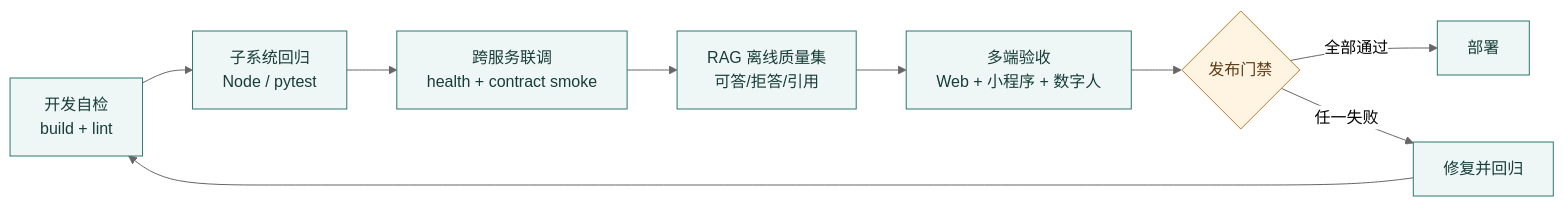
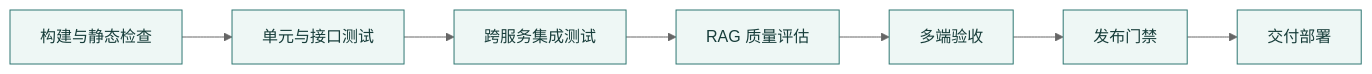
Before and after one commit to Serein-hue/Software-Digital-human: the diagram in docs/submission-report/03-测试说明文档.md, drawn with Mermaid (neutral theme). The commit also changed other lines of this file and 10 other files, not shown here.

````diff
--- a/docs/submission-report/03-测试说明文档.md
+++ b/docs/submission-report/03-测试说明文档.md
@@ -34,15 +32,11 @@
 ```mermaid
 flowchart LR
-  C[开发自检<br/>build + lint] --> U[子系统回归<br/>Node / pytest]
-  U --> I[跨服务联调<br/>health + contract smoke]
-  I --> R[RAG 离线质量集<br/>可答/拒答/引用]
-  R --> E[多端验收<br/>Web + 小程序 + 数字人]
-  E --> G{发布门禁}
-  G -->|全部通过| D[部署]
-  G -->|任一失败| F[修复并回归]
-  F --> C
+  C[构建与静态检查] --> U[单元与接口测试]
+  U --> I[跨服务集成测试]
+  I --> R[RAG 质量评估]
+  R --> E[多端验收]
+  E --> G[发布门禁]
+  G --> D[交付部署]
   classDef stage fill:#eef7f5,stroke:#2f7772,color:#173d3a
-  classDef gate fill:#fff3e2,stroke:#b57c2e,color:#5a3b14
-  class C,U,I,R,E,D,F stage
-  class G gate
+  class C,U,I,R,E,G,D stage
 ```
````
